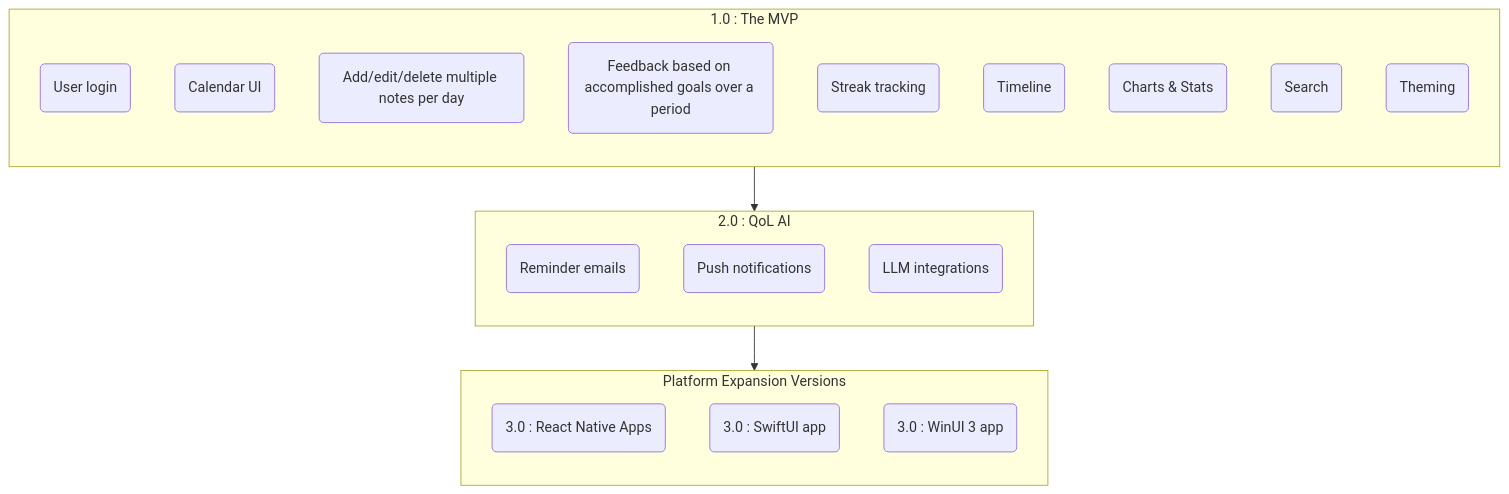
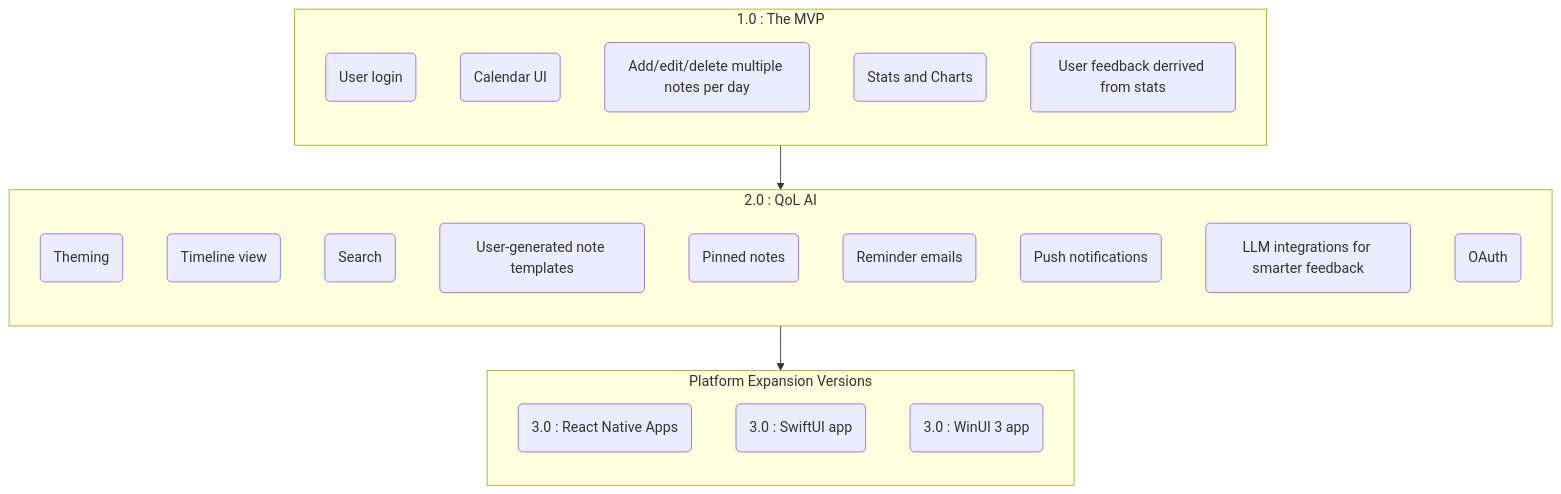
The second of 3 diagrams in README.md (LowComDenom/wellness-calendar), drawn with Mermaid before and after one commit. The commit also changed other lines of this file and 10 other files, not shown here.

````diff
--- a/README.md
+++ b/README.md
@@ -69,38 +57,40 @@
 ```mermaid
 flowchart TD
 
 subgraph v1 [1.0 : The MVP]
 direction TB
 
 f1.1(User login)
 f1.2(Calendar UI)
 f1.3(Add/edit/delete multiple notes per day)
-f1.4(Feedback based on accomplished goals over a period)
-f1.5(Streak tracking)
-f1.6(Timeline)
-f1.7(Charts & Stats)
-f1.8(Search)
-f1.9(Theming)
+f1.4(Stats and Charts)
+f1.5(User feedback derrived from stats)
 
 end
 
 subgraph v2 [2.0 : QoL AI]
 direction TB
 
-f2.1(Reminder emails)
-f2.2(Push notifications)
-f2.3(LLM integrations)
+f2.1(Theming)
+f2.2(Timeline view)
+f2.3(Search)
+f2.4(User-generated note templates)
+f2.5(Pinned notes)
+f2.6(Reminder emails)
+f2.7(Push notifications)
+f2.8(LLM integrations for smarter feedback)
+f2.9(OAuth)
 
 end
 
 subgraph vPX [Platform Expansion Versions]
 direction TB
 
 RN(3.0 : React Native Apps)
 apple(3.0 : SwiftUI app)
 win(3.0 : WinUI 3 app)
 
 end
 
 v1 --> v2 --> vPX
 ```
````
